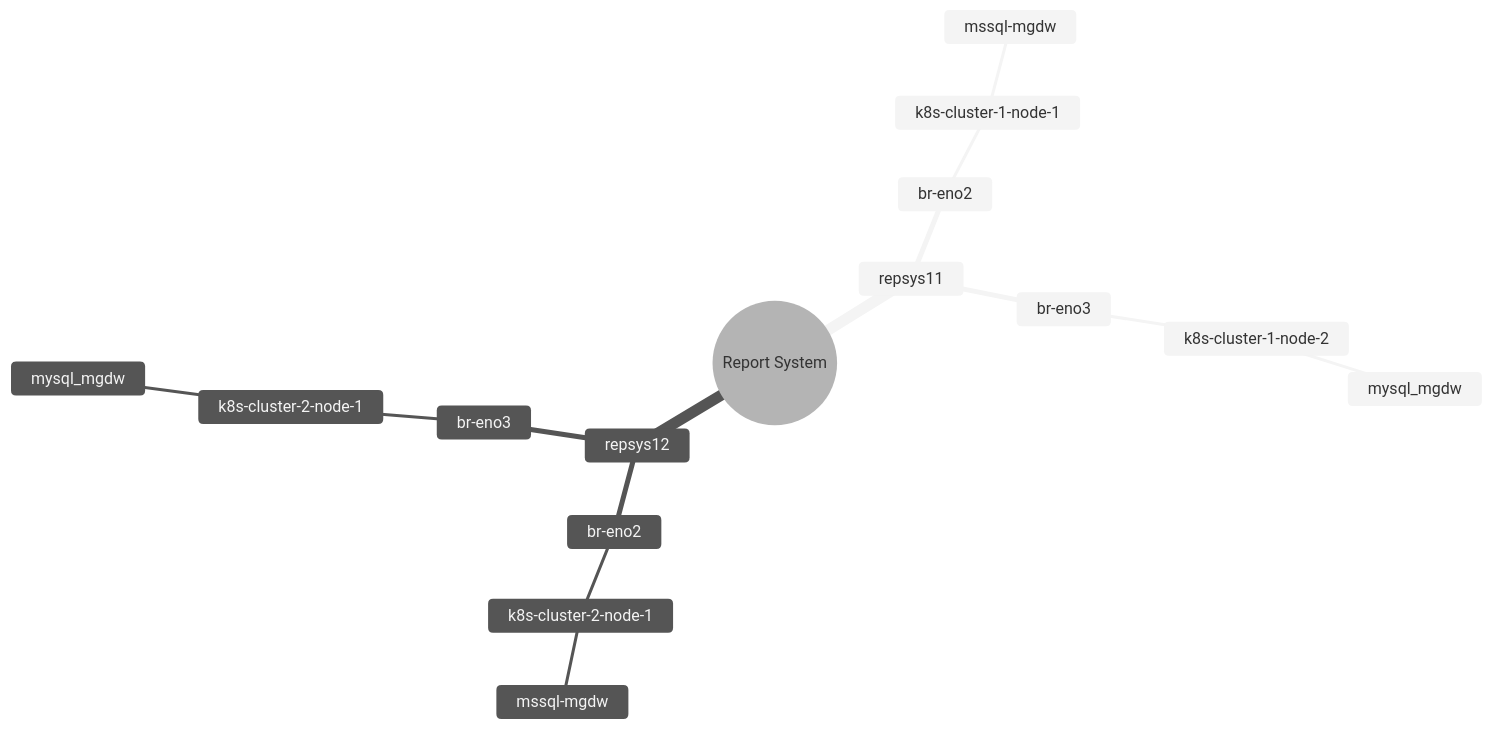
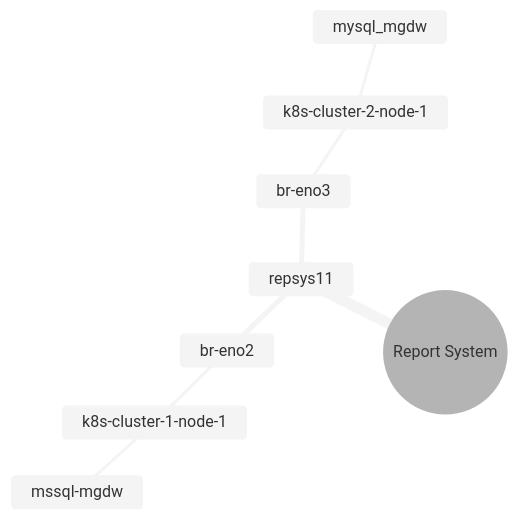
The diagram in development/report_system/report_system_redundant_k8s_clusters.md (brentgroves/repsys), drawn with Mermaid (neutral theme) before and after one commit. The commit also changed 7 other files, not shown here.

````diff
--- a/development/report_system/report_system_redundant_k8s_clusters.md
+++ b/development/report_system/report_system_redundant_k8s_clusters.md
@@ -7,19 +7,12 @@
 ```mermaid
 mindmap
   root((Report System))
     repsys11
       br-eno2
         k8s-cluster-1-node-1
           mssql-mgdw
       br-eno3
-        k8s-cluster-1-node-2
-          mysql_mgdw
-    repsys12
-      br-eno2
-        k8s-cluster-2-node-1
-          mssql-mgdw
-      br-eno3
         k8s-cluster-2-node-1
           mysql_mgdw
 
 ```
````
